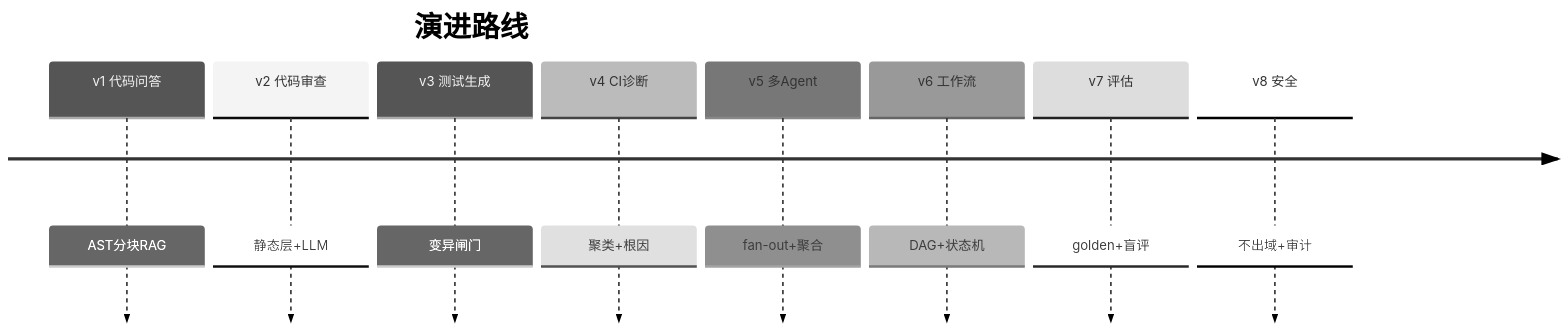
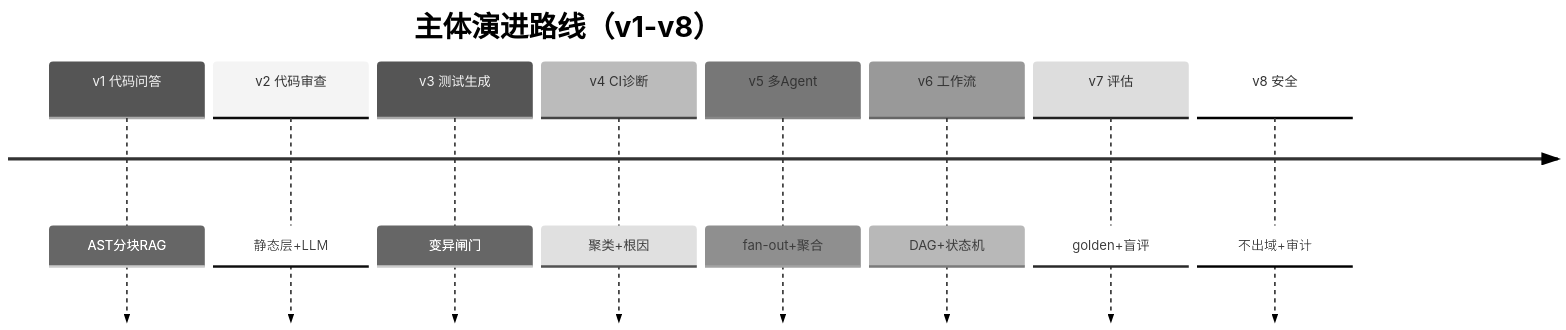
The second of 2 diagrams in docs/项目/12-研发效能DevOps平台/08-迭代七-私有代码安全.md (UranusGit/java-agent-learn), drawn with Mermaid (neutral theme) before and after one commit. The commit also changed other lines of this file and 114 other files, not shown here.

````diff
--- a/docs/项目/12-研发效能DevOps平台/08-迭代七-私有代码安全.md
+++ b/docs/项目/12-研发效能DevOps平台/08-迭代七-私有代码安全.md
@@ -505,12 +505,12 @@
 ```mermaid
 timeline
-    title 演进路线
+    title 主体演进路线（v1-v8）
     v1 代码问答 : AST分块RAG
     v2 代码审查 : 静态层+LLM
     v3 测试生成 : 变异闸门
     v4 CI诊断 : 聚类+根因
     v5 多Agent : fan-out+聚合
     v6 工作流 : DAG+状态机
     v7 评估 : golden+盲评
     v8 安全 : 不出域+审计
 ```
````
